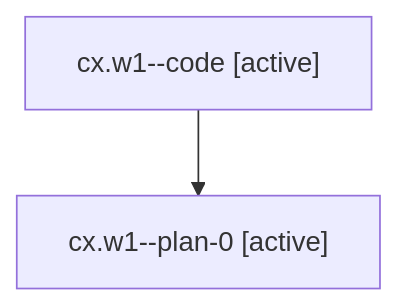
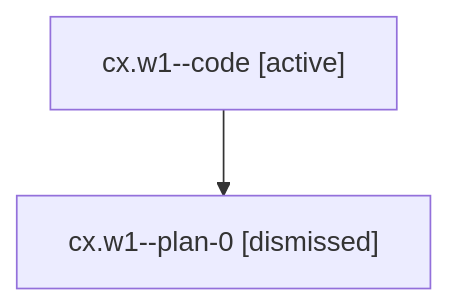
Before and after one commit to sase-org/sase--agents: the diagram in sessions/bbugyi200.athena.cx.w1.md, drawn with Mermaid. The commit also changed other lines of this file and 35 other files, not shown here.

````diff
--- a/sessions/bbugyi200.athena.cx.w1.md
+++ b/sessions/bbugyi200.athena.cx.w1.md
@@ -9,6 +9,6 @@
 ```mermaid
 flowchart TD
   n0["cx.w1--code [active]"]
-  n1["cx.w1--plan-0 [active]"]
+  n1["cx.w1--plan-0 [dismissed]"]
   n0 --> n1
 ```
````
